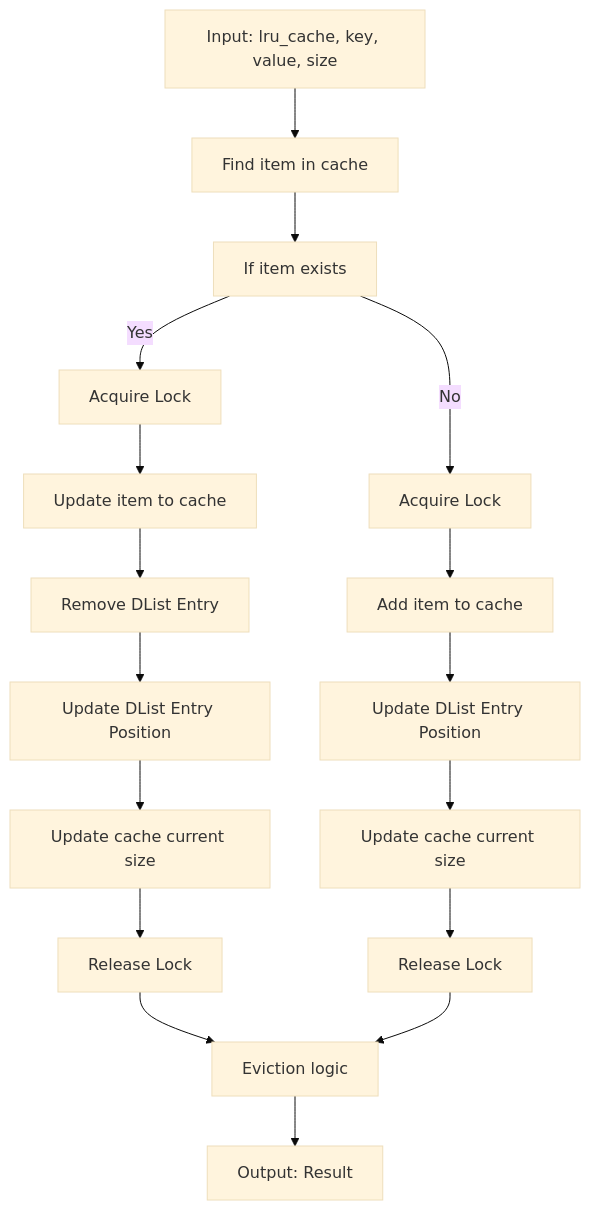
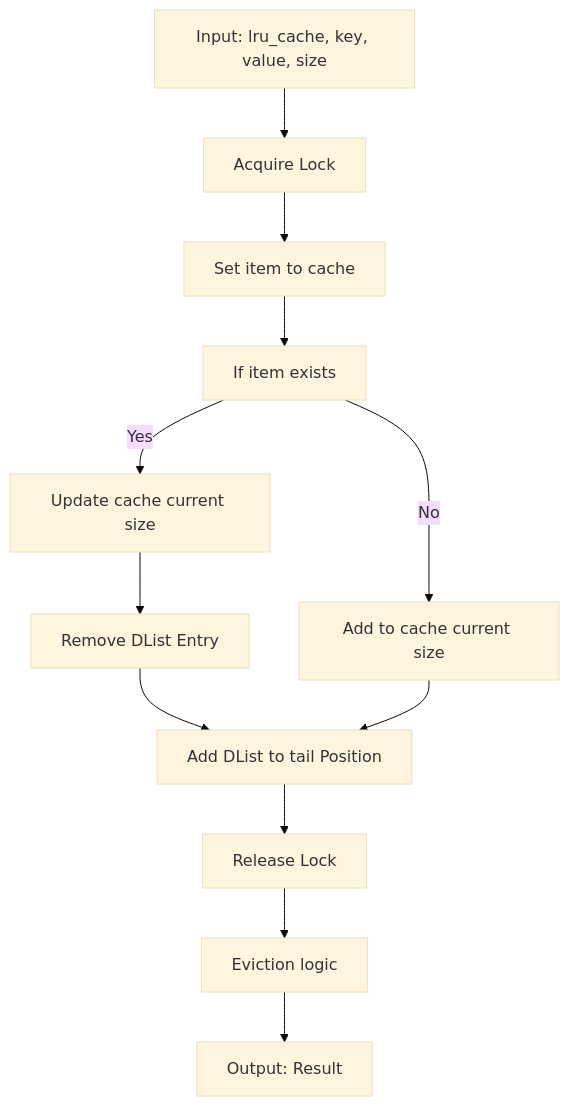
The first of 3 diagrams in devdoc/lru_cache_design.md (Azure/clds), drawn with Mermaid (base theme) before and after one commit. The commit also changed other lines of this file and 1 other file, not shown here.

Commit message:
Update design doc with review changes

````diff
--- a/devdoc/lru_cache_design.md
+++ b/devdoc/lru_cache_design.md
@@ -51,37 +60,27 @@
 ```mermaid
 graph TD
     A[Input: lru_cache, key, value, size]
-    B[Find item in cache]
-    C[If item exists]
-    E[Acquire Lock]
-    F[Add item to cache]
-    G[Update DList Entry Position]
-    H[Release Lock]
-    I[Update cache current size]
-    J[Acquire Lock]
-    K[Update item to cache]
-    L[Remove DList Entry]
-    M[Update DList Entry Position]
-    P[Update cache current size]
-    N[Release Lock]
-    O[Eviction logic]
-    Z[Output: Result]
+    B[Acquire Lock]
+    C[Set item to cache]
+    D[If item exists]
+    E[Update cache current size]
+    F[Remove DList Entry]
+    H[Add to cache current size]
+    I[Add DList to tail Position]
+    J[Release Lock]
+    K[Eviction logic]
+    L[Output: Result]
 
     A --> B
     B --> C
-    C -->|Yes| J
-    C -->|No| E
+    C --> D
+    D -->|Yes| E
+    D -->|No| H
     E --> F
-    F --> G
-    G --> I
-    I --> H
+    F --> I
+    H --> I
+    I --> J
     J --> K
     K --> L
-    L --> M
-    M --> P
-    P --> N
-    N --> O
-    H --> O
-    O --> Z
 
 ```
````
